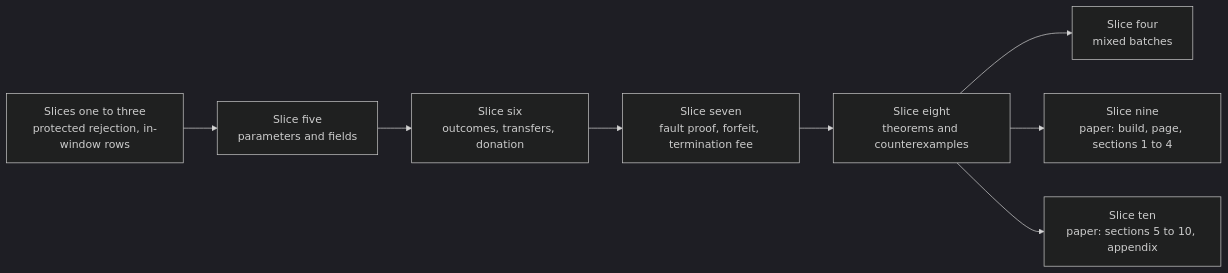
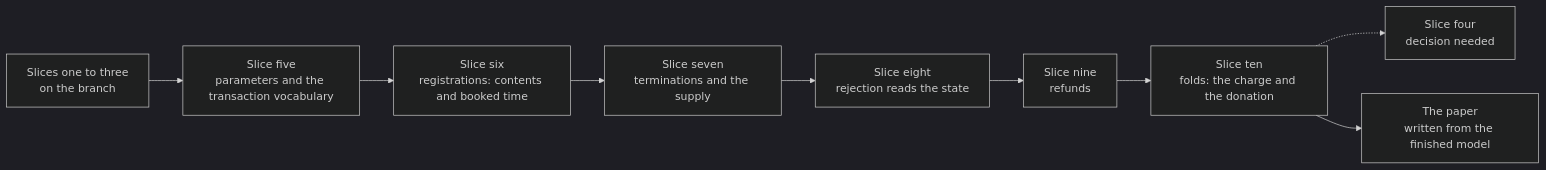
One commit to lambdasistemi/singular changed the diagram in specs/494-protected-rejection-rule/economics-plan.md. Above: the diagram before and after it, drawn with Mermaid (dark theme). The commit also changed other lines of this file and 21 other files, not shown here.

````diff
--- a/specs/494-protected-rejection-rule/economics-plan.md
+++ b/specs/494-protected-rejection-rule/economics-plan.md
@@ -14,10 +12,11 @@
 ```mermaid
 flowchart LR
-    S3[Slices one to three<br/>protected rejection, in-window rows] --> P5[Slice five<br/>parameters and fields]
-    P5 --> P6[Slice six<br/>outcomes, transfers, donation]
-    P6 --> P7[Slice seven<br/>fault proof, forfeit, termination fee]
-    P7 --> P8[Slice eight<br/>theorems and counterexamples]
-    P8 --> S4[Slice four<br/>mixed batches]
-    P8 --> PA[Slice nine<br/>paper: build, page, sections 1 to 4]
-    P8 --> PB[Slice ten<br/>paper: sections 5 to 10, appendix]
+    S3[Slices one to three<br/>on the branch] --> P5[Slice five<br/>parameters and the transaction vocabulary]
+    P5 --> P6[Slice six<br/>registrations: contents and booked time]
+    P6 --> P7[Slice seven<br/>terminations and the supply]
+    P7 --> P8[Slice eight<br/>rejection reads the state]
+    P8 --> P9[Slice nine<br/>refunds]
+    P9 --> P10[Slice ten<br/>folds: the charge and the donation]
+    P10 -.-> S4[Slice four<br/>decision needed]
+    P10 --> Paper[The paper<br/>written from the finished model]
 ```
````
